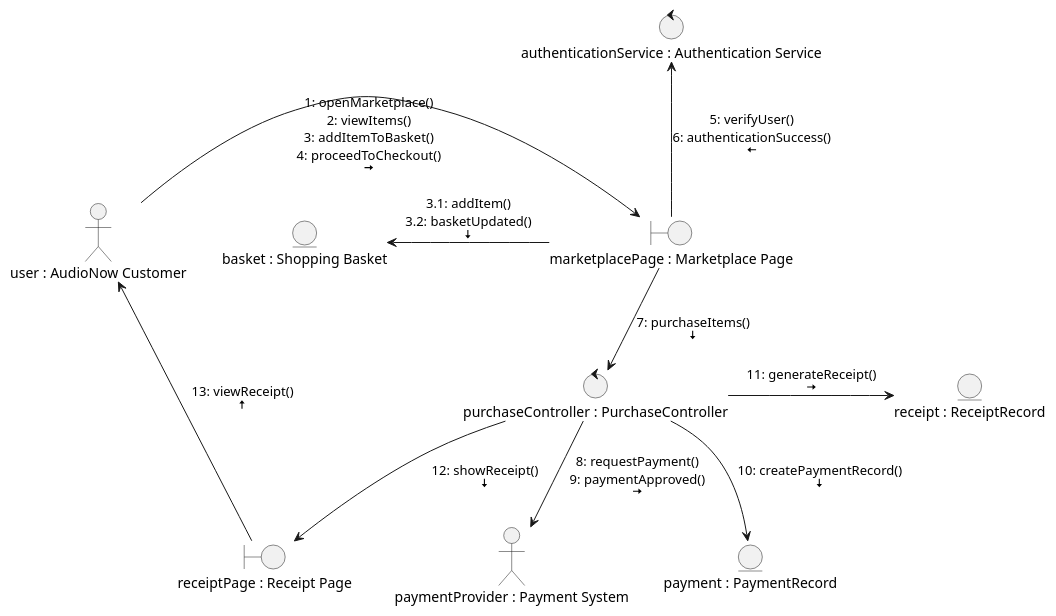
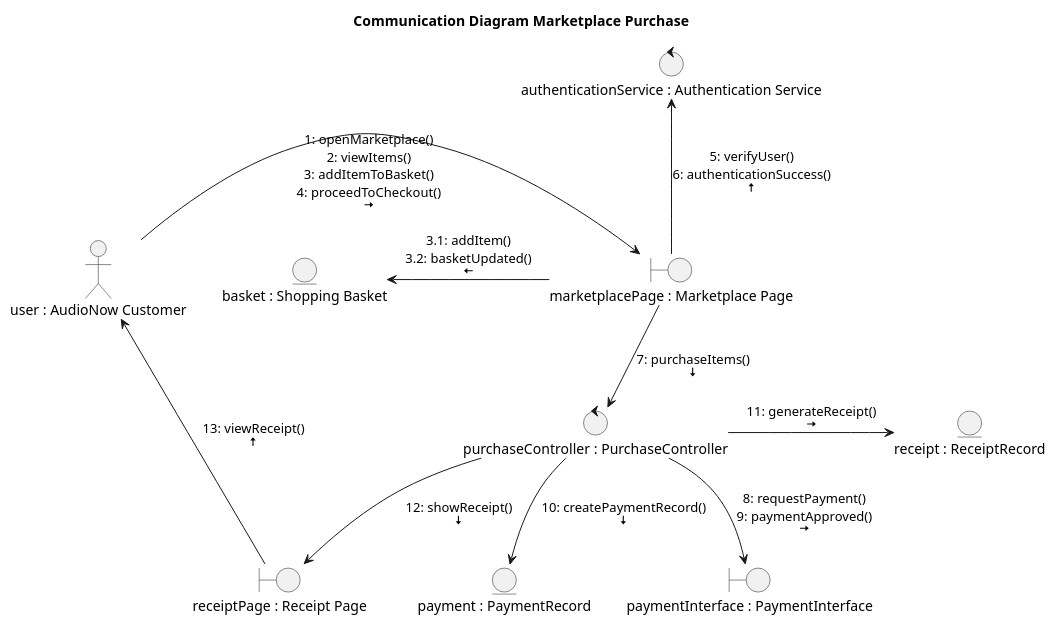
One commit to Dorfultariant/semm-diagrams changed the diagram in Purchase/collaboration.puml. Above: the diagram before and after it, drawn with PlantUML. The commit also changed 17 other files, not shown here.

Commit message:
Updated the purchase and voiceroom use-case diagrams with titles.

```diff
--- a/Purchase/collaboration.puml
+++ b/Purchase/collaboration.puml
@@ -1,32 +1,35 @@
-@startuml CollaborationMarketplacePurchase
+@startuml CommunicationMarketplacePurchase
+
+title Communication Diagram Marketplace Purchase
 
 '' Last example at the bottom of the forum, src: https://forum.plantuml.net/7500/how-can-i-create-collaboration-diagram
 
 '' each of the: entity, boundary, control are the objects
 '' The lines between the objects represent numbered messages
 '' The <&arrrow-....> are just symbols to indicate directional linking
 
 actor User as "user : AudioNow Customer"
-actor PaymentProvider as "paymentProvider : Payment System"
+''actor PaymentProvider as "paymentProvider : Payment System"
 
 boundary MarketplacePage as "marketplacePage : Marketplace Page"
 control PurchaseController as "purchaseController : PurchaseController"
 control AuthenticationService as "authenticationService : Authentication Service"
 entity Basket as "basket : Shopping Basket"
 entity Payment as "payment : PaymentRecord"
 entity Receipt as "receipt : ReceiptRecord"
 boundary ReceiptPage as "receiptPage : Receipt Page"
+boundary PaymentInterface as "paymentInterface : PaymentInterface"
 
 User -> (MarketplacePage) : "1: openMarketplace()\n2: viewItems()\n3: addItemToBasket()\n4: proceedToCheckout()\n<&arrow-right>"
-(MarketplacePage) -left-> (Basket) : "3.1: addItem()\n3.2: basketUpdated()\n<&arrow-bottom>"
-(MarketplacePage) -up-> (AuthenticationService) : "5: verifyUser()\n6: authenticationSuccess()\n<&arrow-left>"
+(MarketplacePage) -left-> (Basket) : "3.1: addItem()\n3.2: basketUpdated()\n<&arrow-left>"
+(MarketplacePage) -up-> (AuthenticationService) : "5: verifyUser()\n6: authenticationSuccess()\n<&arrow-top>"
 (MarketplacePage) -down-> (PurchaseController) : "7: purchaseItems()\n<&arrow-bottom>"
-(PurchaseController) -down-> (PaymentProvider) : "8: requestPayment()\n9: paymentApproved()\n<&arrow-right>"
+(PurchaseController) -down-> (PaymentInterface) : "8: requestPayment()\n9: paymentApproved()\n<&arrow-right>"
 (PurchaseController) -down-> (Payment) : "10: createPaymentRecord()\n<&arrow-bottom>"
 (PurchaseController) -right-> (Receipt) : "11: generateReceipt()\n<&arrow-right>"
 (PurchaseController) --> (ReceiptPage) : "12: showReceipt()\n<&arrow-bottom>"
 User <- (ReceiptPage) : "13: viewReceipt()\n<&arrow-top>"
 
 '' "Almost" readable
 
 @enduml
```
